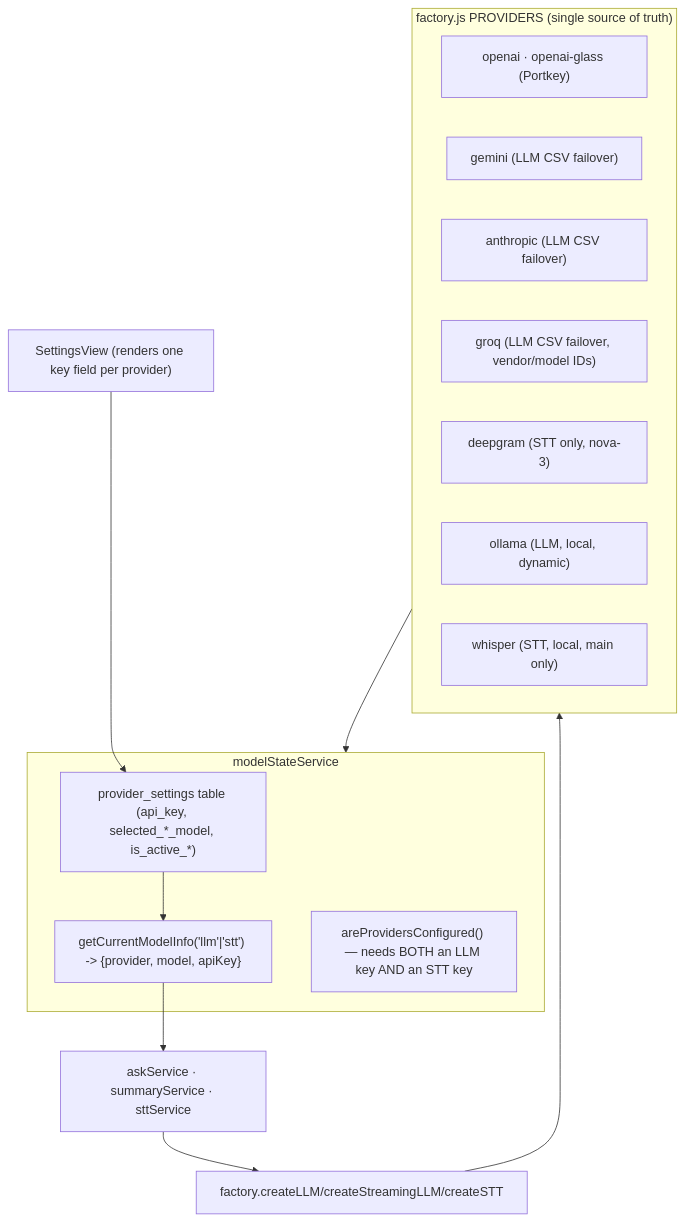
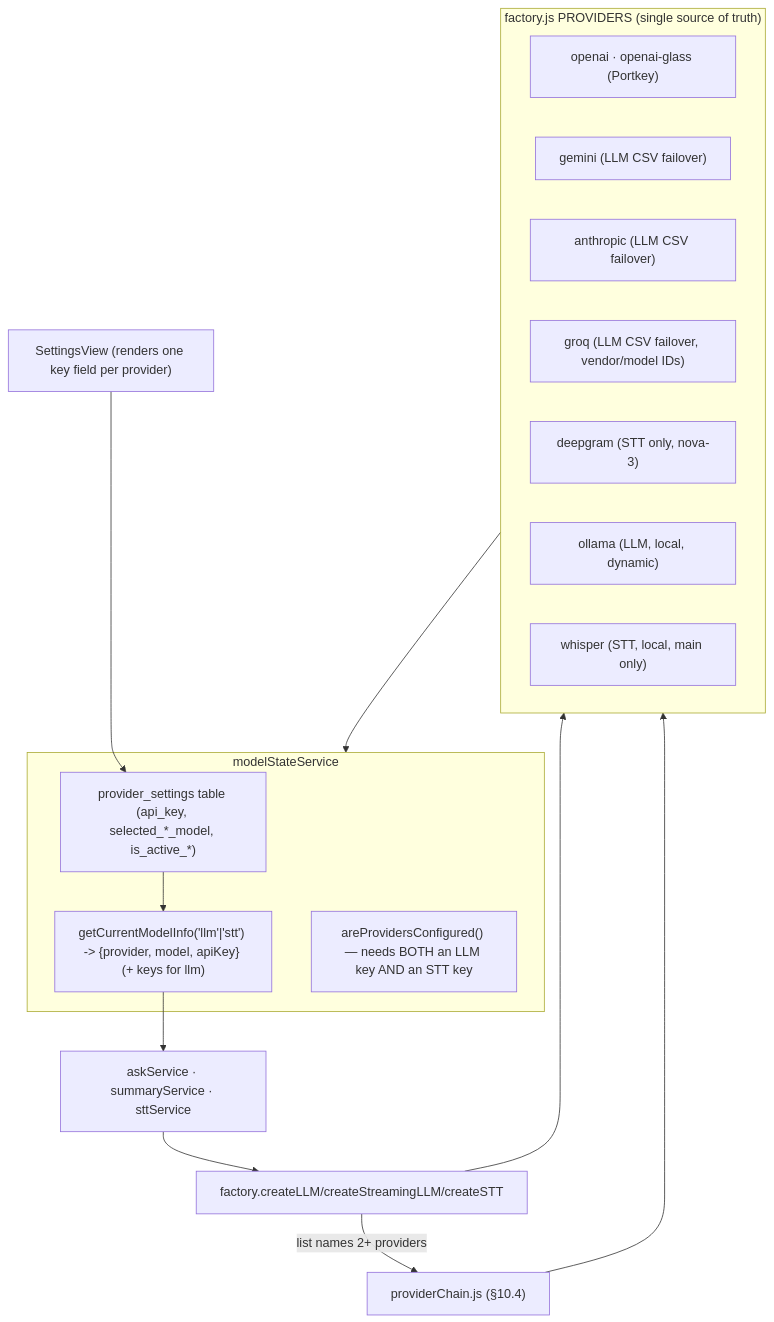
Before and after one commit to tas88-sys/glass: the tenth of 16 diagrams in ARCHITECTURE.md, drawn with Mermaid. The commit also changed other lines of this file and 10 other files, not shown here.

````diff
--- a/ARCHITECTURE.md
+++ b/ARCHITECTURE.md
@@ -538,21 +538,22 @@
 ```mermaid
 flowchart TB
     subgraph registry["factory.js PROVIDERS (single source of truth)"]
         r1["openai · openai-glass (Portkey)"]
         r3["gemini (LLM CSV failover)"]
         r4["anthropic (LLM CSV failover)"]
         r8["groq (LLM CSV failover, vendor/model IDs)"]
         r5["deepgram (STT only, nova-3)"]
         r6["ollama (LLM, local, dynamic)"]
         r7["whisper (STT, local, main only)"]
     end
     subgraph state["modelStateService"]
         keys["provider_settings table (api_key, selected_*_model, is_active_*)"]
-        resolve["getCurrentModelInfo('llm'|'stt') -> {provider, model, apiKey}"]
+        resolve["getCurrentModelInfo('llm'|'stt') -> {provider, model, apiKey} (+ keys for llm)"]
         gate["areProvidersConfigured() — needs BOTH an LLM key AND an STT key"]
     end
     consumers["askService · summaryService · sttService"]
     registry --> state
     keys --> resolve --> consumers --> dispatch["factory.createLLM/createStreamingLLM/createSTT"] --> registry
+    dispatch -->|"list names 2+ providers"| chain["providerChain.js (§10.4)"] --> registry
     settingsui["SettingsView (renders one key field per provider)"] --> keys
 ```
````
